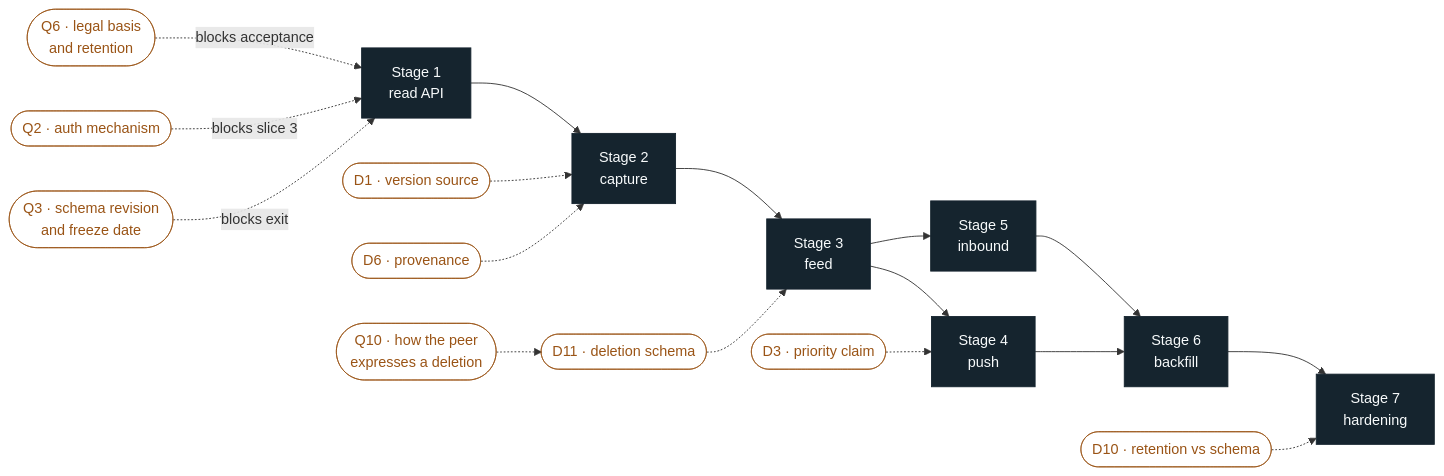
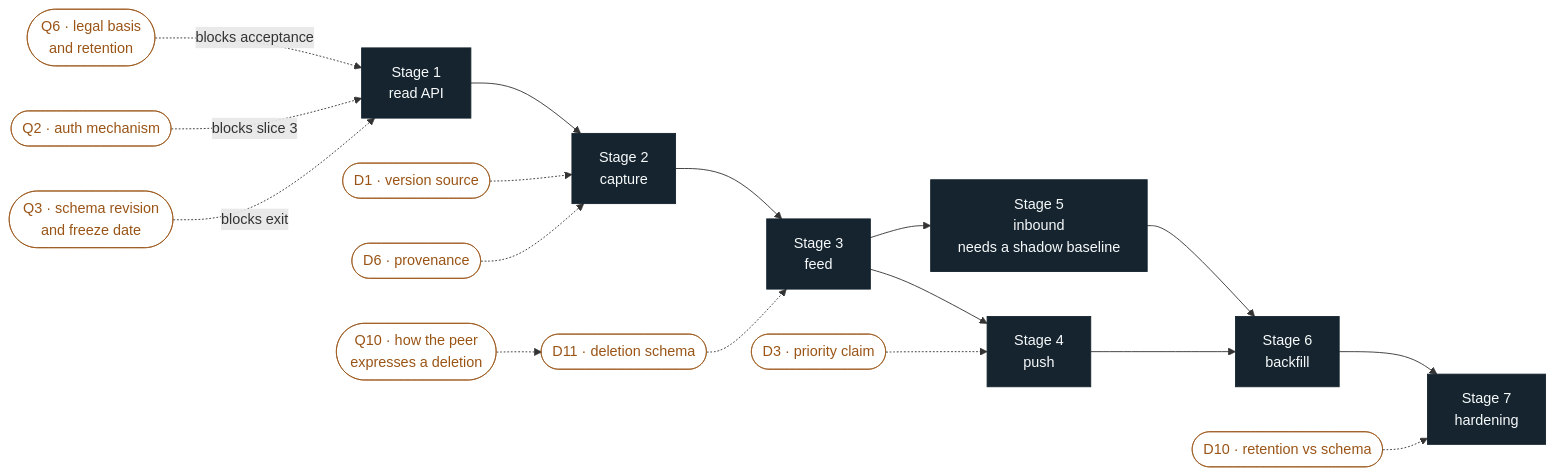
Before and after one commit to selikhovel/cross-system-sharing-concept: the second of 8 diagrams in ROADMAP.md, drawn with Mermaid. The commit also changed other lines of this file and 8 other files, not shown here.

````diff
--- a/ROADMAP.md
+++ b/ROADMAP.md
@@ -61,25 +61,25 @@
 ```mermaid
 flowchart LR
     S1["Stage 1<br/>read API"] --> S2["Stage 2<br/>capture"]
     S2 --> S3["Stage 3<br/>feed"]
     S3 --> S4["Stage 4<br/>push"]
-    S3 --> S5["Stage 5<br/>inbound"]
+    S3 --> S5["Stage 5<br/>inbound<br/>needs a shadow baseline"]
     S4 --> S6["Stage 6<br/>backfill"]
     S5 --> S6
     S6 --> S7["Stage 7<br/>hardening"]
 
     Q3(["Q3 · schema revision<br/>and freeze date"]) -.->|blocks exit| S1
     Q2(["Q2 · auth mechanism"]) -.->|blocks slice 3| S1
     Q6(["Q6 · legal basis<br/>and retention"]) -.->|blocks acceptance| S1
     D1(["D1 · version source"]) -.-> S2
     D6(["D6 · provenance"]) -.-> S2
     D11(["D11 · deletion schema"]) -.-> S3
     Q10(["Q10 · how the peer<br/>expresses a deletion"]) -.-> D11
     D3(["D3 · priority claim"]) -.-> S4
     D10(["D10 · retention vs schema"]) -.-> S7
 
     classDef stage fill:#15242E,stroke:#15242E,color:#F7FAFB
     classDef gate fill:none,stroke:#9A5416,color:#9A5416
     class S1,S2,S3,S4,S5,S6,S7 stage
     class Q3,Q2,Q6,D1,D6,D11,Q10,D3,D10 gate
 ```
````
